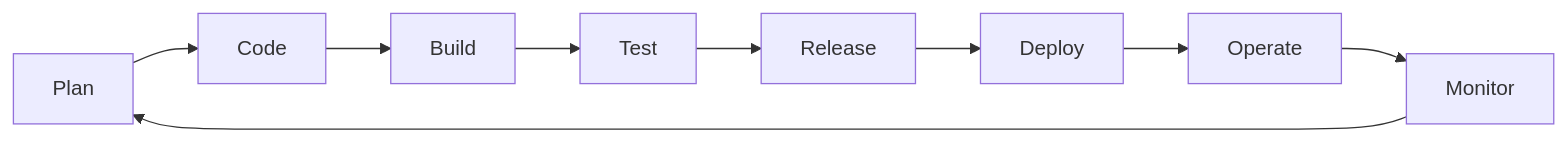
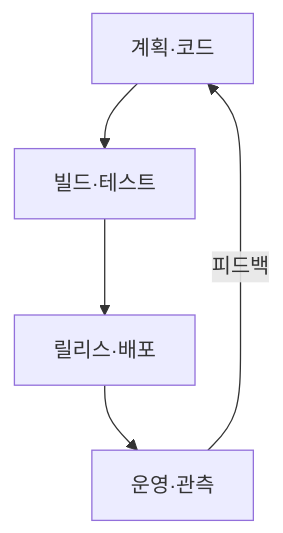
Before and after one commit to agnusdei1207/study: the second of 2 diagrams in src/content/docs/notes/itpe/02-software-engineering/002_devops.md, drawn with Mermaid. The commit also changed other lines of this file, not shown here.

````diff
--- a/src/content/docs/notes/itpe/02-software-engineering/002_devops.md
+++ b/src/content/docs/notes/itpe/02-software-engineering/002_devops.md
@@ -82,6 +85,7 @@
 ```mermaid
-flowchart LR
-    P["Plan"] --> C["Code"] --> B["Build"] --> T["Test"]
-    T --> R["Release"] --> D["Deploy"] --> O["Operate"] --> M["Monitor"]
-    M --> P
+flowchart TD
+    P["계획·코드"] --> T["빌드·테스트"]
+    T --> D["릴리스·배포"]
+    D --> M["운영·관측"]
+    M -->|피드백| P
 ```
````
